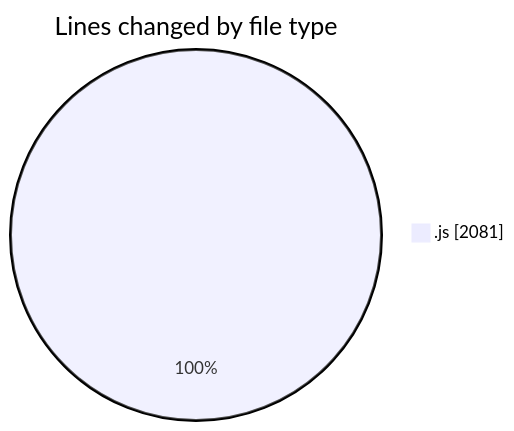
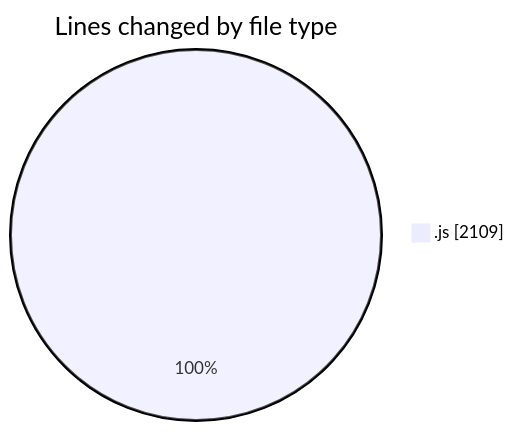
Before and after one commit to nxtqubesakshisongat/code-tracking: the first of 2 diagrams in 2025-08-11/nxtqube_webapp/README.md, drawn with Mermaid. The commit also changed other lines of this file and 1 other file, not shown here.

````diff
--- a/2025-08-11/nxtqube_webapp/README.md
+++ b/2025-08-11/nxtqube_webapp/README.md
@@ -20,5 +20,5 @@
 ```mermaid
 pie showData
 title Lines changed by file type
-".js" : 2081
+".js" : 2109
 ```
````
